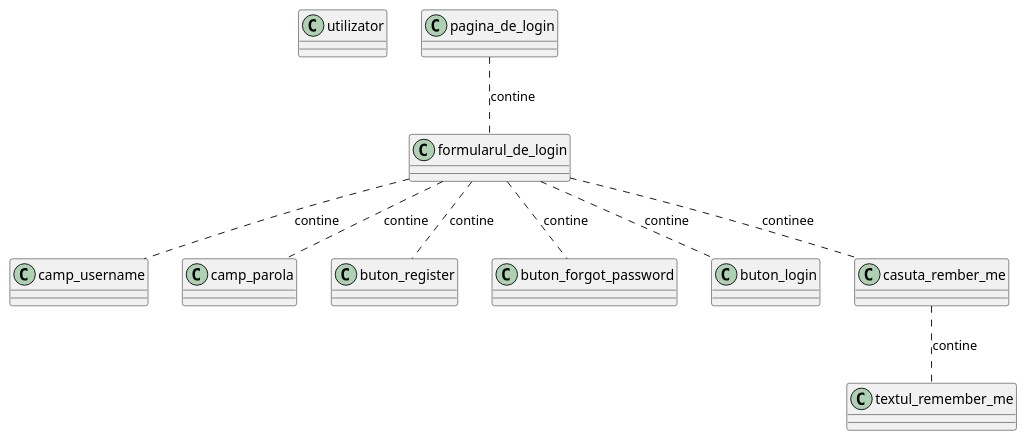
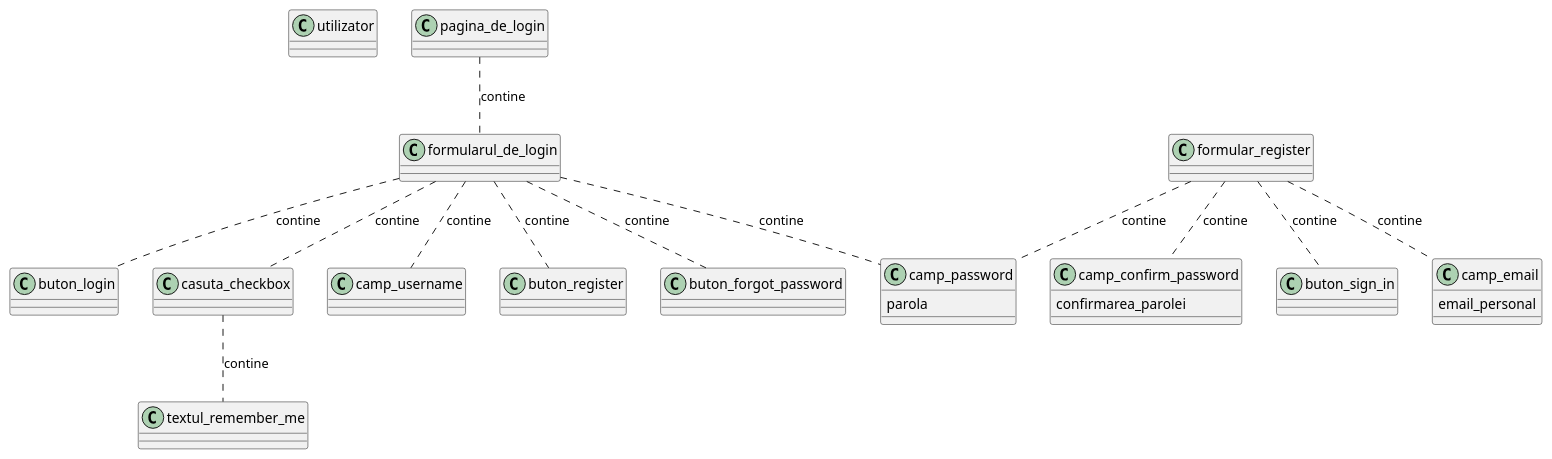
Before and after one commit to Alyc03/SmartCook: the diagram in Class.puml, drawn with PlantUML.

```diff
--- a/Class.puml
+++ b/Class.puml
@@ -1,21 +1,40 @@
 @startuml
 class utilizator {}
 class pagina_de_login {}
 class formularul_de_login{}
-pagina_de_login .. formularul_de_login :contine
+
 class camp_username {}
-class camp_parola {}
+class camp_password {
+parola
+}
 class buton_register {}
 class buton_forgot_password {}
 class buton_login {}
-class casuta_rember_me {}
+class casuta_checkbox {}
 class textul_remember_me {}
-casuta_rember_me .. textul_remember_me :contine
+
+class formular_register {}
+class camp_email {
+email_personal
+}
+class camp_confirm_password {
+confirmarea_parolei
+}
+class buton_sign_in {}
+
+
+
+formular_register .. buton_sign_in :contine
+formular_register .. camp_email :contine
+formular_register .. camp_password :contine
+formular_register .. camp_confirm_password :contine
+pagina_de_login .. formularul_de_login :contine
+casuta_checkbox .. textul_remember_me :contine
 formularul_de_login .. camp_username :contine
-formularul_de_login .. camp_parola :contine
+formularul_de_login .. camp_password :contine
 formularul_de_login .. buton_register :contine
 formularul_de_login .. buton_forgot_password :contine
 formularul_de_login .. buton_login :contine
-formularul_de_login .. casuta_rember_me :continee
+formularul_de_login .. casuta_checkbox :contine
 
 @enduml
```
